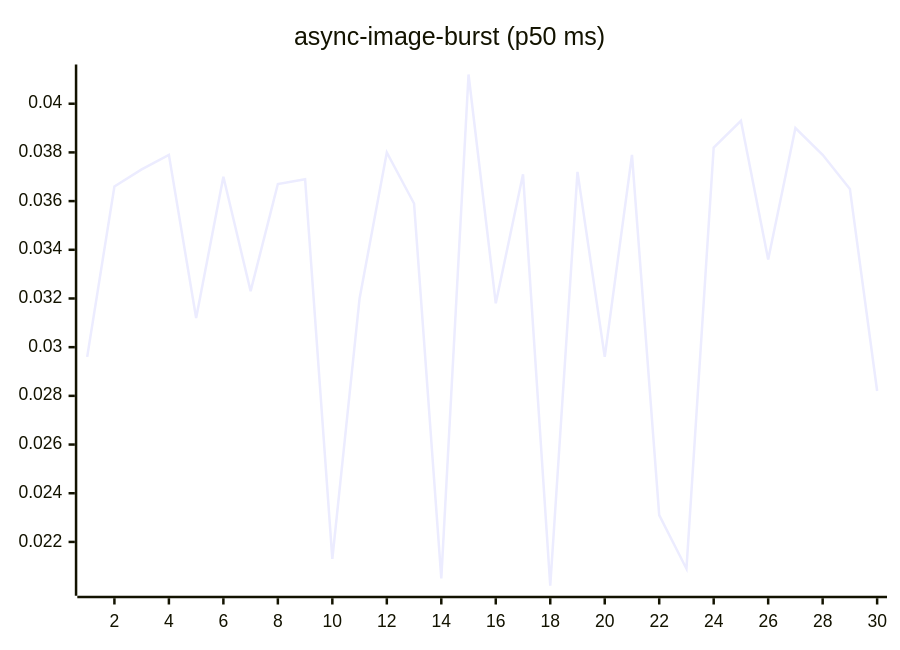
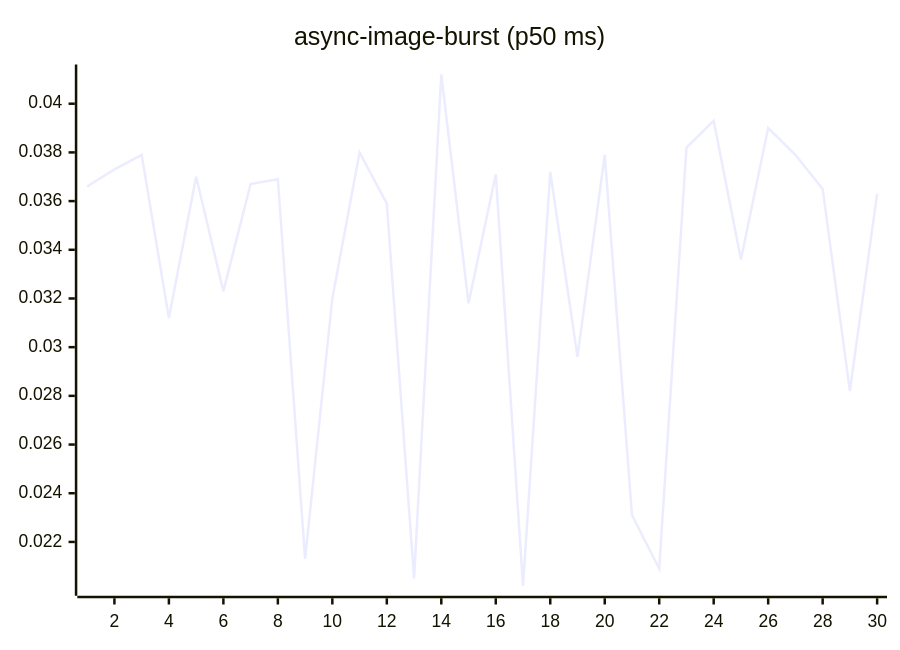
Before and after one commit to josha/Facet: the fourth of 27 diagrams in README.md, drawn with Mermaid. The commit also changed other lines of this file and 2 other files, not shown here.

````diff
--- a/README.md
+++ b/README.md
@@ -84,6 +84,6 @@
 ```mermaid
 xychart-beta
     title "async-image-burst (p50 ms)"
     x-axis 1 --> 30
-    line [0.0296, 0.0366, 0.0373, 0.0379, 0.0312, 0.0370, 0.0323, 0.0367, 0.0369, 0.0213, 0.0320, 0.0380, 0.0359, 0.0205, 0.0412, 0.0318, 0.0371, 0.0202, 0.0372, 0.0296, 0.0379, 0.0231, 0.0209, 0.0382, 0.0393, 0.0336, 0.0390, 0.0379, 0.0365, 0.0282]
+    line [0.0366, 0.0373, 0.0379, 0.0312, 0.0370, 0.0323, 0.0367, 0.0369, 0.0213, 0.0320, 0.0380, 0.0359, 0.0205, 0.0412, 0.0318, 0.0371, 0.0202, 0.0372, 0.0296, 0.0379, 0.0231, 0.0209, 0.0382, 0.0393, 0.0336, 0.0390, 0.0379, 0.0365, 0.0282, 0.0363]
 ```
````
